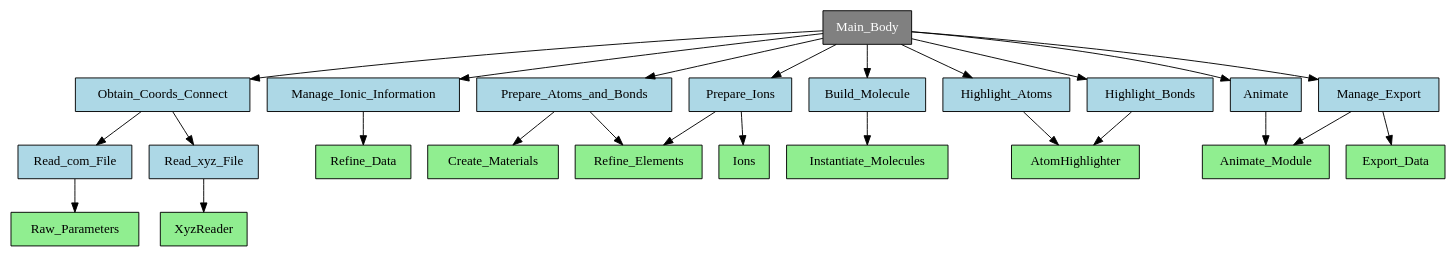
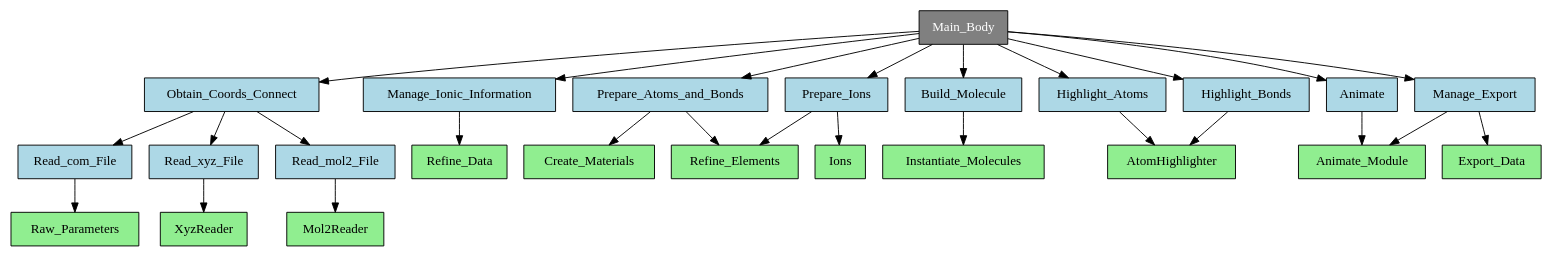
The first of 2 diagrams in docs/components.rst (eecheve/Gaussian-2-Blender), drawn with Graphviz before and after one commit. The commit also changed 1 other file, not shown here.

Commit message:
ulm diagram updated for mol2

```diff
--- a/docs/components.rst
+++ b/docs/components.rst
@@ -12,63 +12,67 @@
 .. graphviz::
 
    digraph API {
        node [shape=box, style=filled];
 
        Main_Body [fillcolor=gray, fontcolor=white, color=black, style=filled, shape=box];
 
        Obtain_Coords_Connect [fillcolor=lightblue];
        Manage_Ionic_Information [fillcolor=lightblue];
        Prepare_Atoms_and_Bonds [fillcolor=lightblue];
        Prepare_Ions [fillcolor=lightblue];
        Build_Molecule [fillcolor=lightblue];
        Highlight_Atoms [fillcolor=lightblue];
        Highlight_Bonds [fillcolor=lightblue];
        Animate [fillcolor=lightblue];
        Manage_Export [fillcolor=lightblue];
        Read_com_File [fillcolor=lightblue];
        Read_xyz_File [fillcolor=lightblue];
+       Read_mol2_File [fillcolor=lightblue];
 
        Raw_Parameters [fillcolor=lightgreen];
        XyzReader [fillcolor=lightgreen];
+       Mol2Reader [fillcolor=lightgreen];
        Refine_Data [fillcolor=lightgreen];
        Refine_Elements [fillcolor=lightgreen];
        Create_Materials [fillcolor=lightgreen];
        Ions [fillcolor=lightgreen];
        Instantiate_Molecules [fillcolor=lightgreen];
        AtomHighlighter [fillcolor=lightgreen];
        Animate_Module [fillcolor=lightgreen];
        Export_Data [fillcolor=lightgreen];
 
        Main_Body -> Obtain_Coords_Connect;
        Main_Body -> Manage_Ionic_Information;
        Main_Body -> Prepare_Atoms_and_Bonds;
        Main_Body -> Prepare_Ions;
        Main_Body -> Build_Molecule;
        Main_Body -> Highlight_Atoms;
        Main_Body -> Highlight_Bonds;
        Main_Body -> Animate;
        Main_Body -> Manage_Export;
 
        Obtain_Coords_Connect -> Read_com_File;
        Obtain_Coords_Connect -> Read_xyz_File;
+       Obtain_Coords_Connect -> Read_mol2_File;
        Read_com_File -> Raw_Parameters;
        Read_xyz_File -> XyzReader;
+       Read_mol2_File -> Mol2Reader;
 
        Manage_Ionic_Information -> Refine_Data;
 
        Prepare_Atoms_and_Bonds -> Refine_Elements;
        Prepare_Atoms_and_Bonds -> Create_Materials;
 
        Prepare_Ions -> Refine_Elements;
        Prepare_Ions -> Ions;
 
        Build_Molecule -> Instantiate_Molecules;
 
        Highlight_Atoms -> AtomHighlighter;
        Highlight_Bonds -> AtomHighlighter;
 
        Animate -> Animate_Module;
 
        Manage_Export -> Animate_Module;
        Manage_Export -> Export_Data;
    }
```
